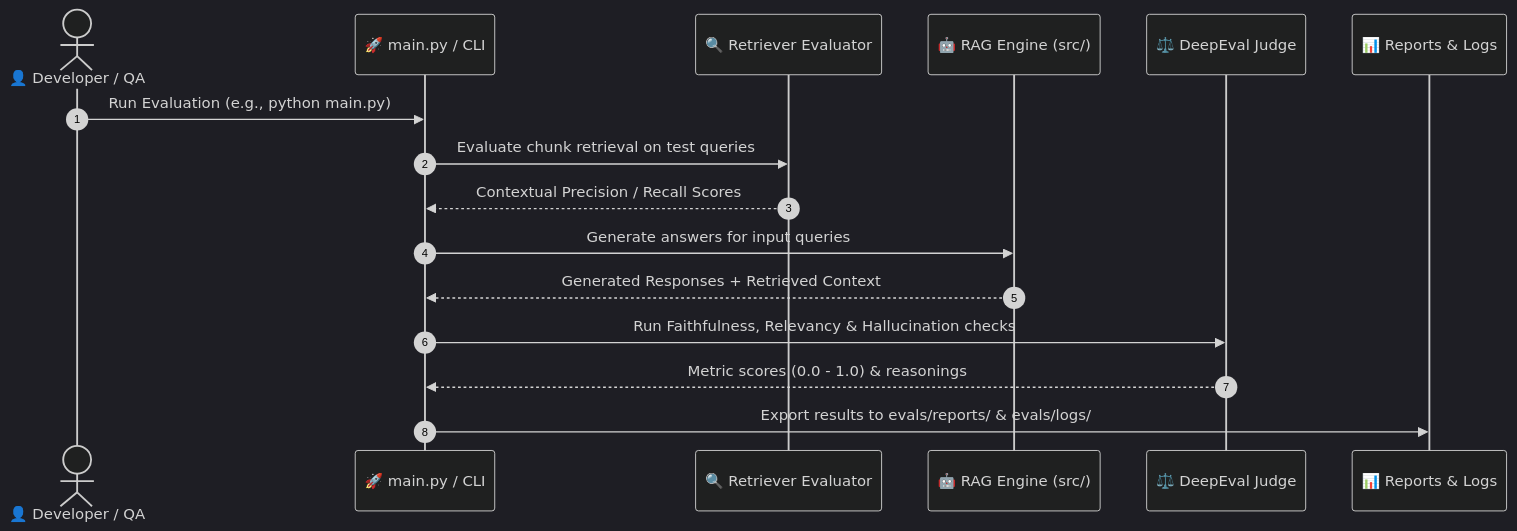
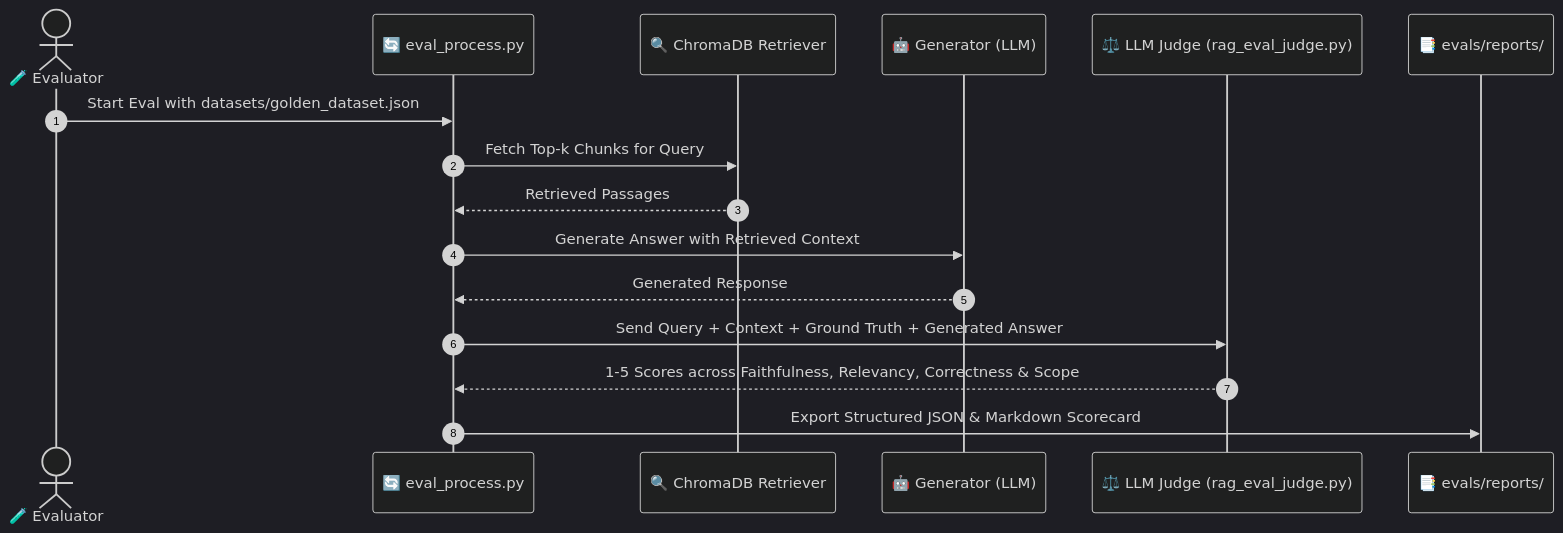
The second of 2 diagrams in README.md (shubhamacharya02/llm_evals), drawn with Mermaid (dark theme) before and after one commit. The commit also changed other lines of this file, not shown here.

Commit message:
docs: update README with LangChain, ChromaDB, FastAPI and custom LLM-judge

````diff
--- a/README.md
+++ b/README.md
@@ -53,19 +63,19 @@
 ```mermaid
 sequenceDiagram
     autonumber
-    actor Dev as 👤 Developer / QA
-    participant Main as 🚀 main.py / CLI
-    participant Ret as 🔍 Retriever Evaluator
-    participant RAG as 🤖 RAG Engine (src/)
-    participant Judge as ⚖️ DeepEval Judge
-    participant Rep as 📊 Reports & Logs
+    actor QA as 🧪 Evaluator
+    participant Pipe as 🔄 eval_process.py
+    participant Ret as 🔍 ChromaDB Retriever
+    participant Gen as 🤖 Generator (LLM)
+    participant Judge as ⚖️ LLM Judge (rag_eval_judge.py)
+    participant Rep as 📑 evals/reports/
 
-    Dev->>Main: Run Evaluation (e.g., python main.py)
-    Main->>Ret: Evaluate chunk retrieval on test queries
-    Ret-->>Main: Contextual Precision / Recall Scores
-    Main->>RAG: Generate answers for input queries
-    RAG-->>Main: Generated Responses + Retrieved Context
-    Main->>Judge: Run Faithfulness, Relevancy & Hallucination checks
-    Judge-->>Main: Metric scores (0.0 - 1.0) & reasonings
-    Main->>Rep: Export results to evals/reports/ & evals/logs/
+    QA->>Pipe: Start Eval with datasets/golden_dataset.json
+    Pipe->>Ret: Fetch Top-k Chunks for Query
+    Ret-->>Pipe: Retrieved Passages
+    Pipe->>Gen: Generate Answer with Retrieved Context
+    Gen-->>Pipe: Generated Response
+    Pipe->>Judge: Send Query + Context + Ground Truth + Generated Answer
+    Judge-->>Pipe: 1-5 Scores across Faithfulness, Relevancy, Correctness & Scope
+    Pipe->>Rep: Export Structured JSON & Markdown Scorecard
 ```
````
